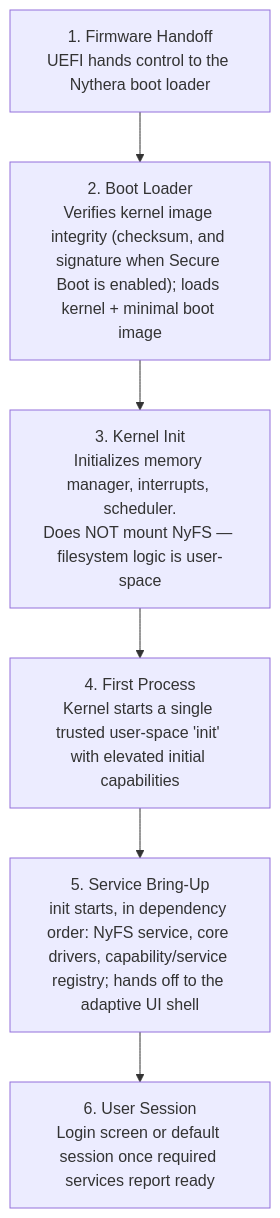
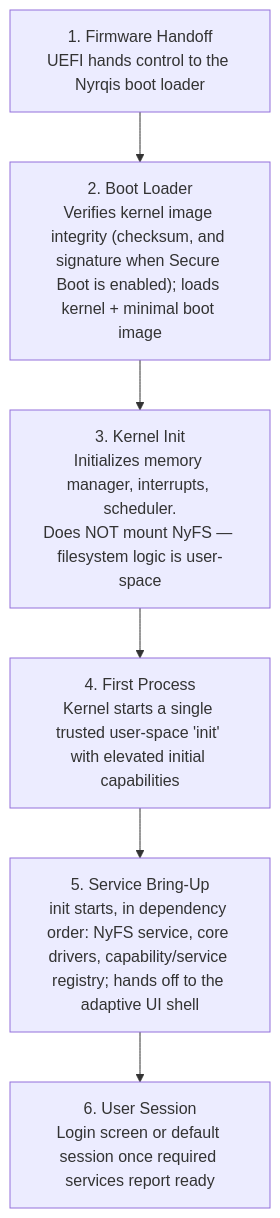
One commit to Myco-mycelium/Nythera changed the diagram in docs/diagrams/boot-sequence.md. Above: the diagram before and after it, drawn with Mermaid. The commit also changed other lines of this file and 102 other files, not shown here.

First line of the commit message:
chore: rebrand project from Nythera to Nyrqis (name collision avoidance)

````diff
--- a/docs/diagrams/boot-sequence.md
+++ b/docs/diagrams/boot-sequence.md
@@ -6,9 +6,9 @@
 ```mermaid
 flowchart TD
-    A["1. Firmware Handoff<br/>UEFI hands control to the Nythera boot loader"] --> B
+    A["1. Firmware Handoff<br/>UEFI hands control to the Nyrqis boot loader"] --> B
     B["2. Boot Loader<br/>Verifies kernel image integrity (checksum, and signature when Secure Boot is enabled); loads kernel + minimal boot image"] --> C
     C["3. Kernel Init<br/>Initializes memory manager, interrupts, scheduler.<br/>Does NOT mount NyFS — filesystem logic is user-space"] --> D
     D["4. First Process<br/>Kernel starts a single trusted user-space 'init' with elevated initial capabilities"] --> E
     E["5. Service Bring-Up<br/>init starts, in dependency order: NyFS service, core drivers, capability/service registry; hands off to the adaptive UI shell"] --> F
     F["6. User Session<br/>Login screen or default session once required services report ready"]
 ```
````
